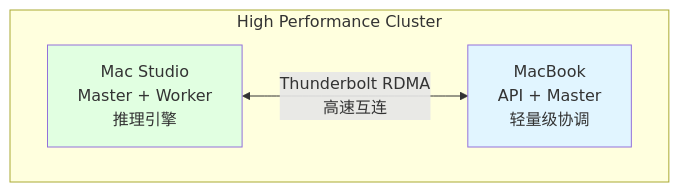
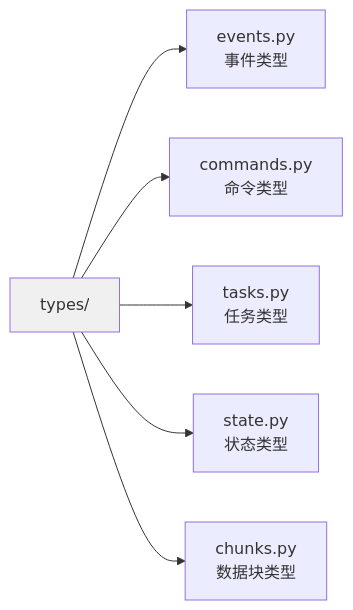
Diagram 17 of 33 in source/_posts/exo-4plus1.md (Wanger-SJTU/wanger-sjtu.github.io), drawn with Mermaid before and after one commit. The commit also changed other lines of this file, not shown here.

````diff
--- a/source/_posts/exo-4plus1.md
+++ b/source/_posts/exo-4plus1.md
@@ -905,12 +689,17 @@
 ```mermaid
-graph TB
-    subgraph HPC["High Performance Cluster"]
-        STUDIO["Mac Studio<br/>Master + Worker<br/>推理引擎"]
-        MACBOOK["MacBook<br/>API + Master<br/>轻量级协调"]
-    end
+graph LR
+    TYPES["types/"]
+    EVENTS["events.py<br/>事件类型"]
+    COMMANDS["commands.py<br/>命令类型"]
+    TASKS["tasks.py<br/>任务类型"]
+    STATE["state.py<br/>状态类型"]
+    CHUNKS["chunks.py<br/>数据块类型"]
 
-    STUDIO <-->|"Thunderbolt RDMA<br/>高速互连"| MACBOOK
+    TYPES --> EVENTS
+    TYPES --> COMMANDS
+    TYPES --> TASKS
+    TYPES --> STATE
+    TYPES --> CHUNKS
 
-    style STUDIO fill:#e1ffe1
-    style MACBOOK fill:#e1f5ff
+    style TYPES fill:#f0f0f0
 ```
````
